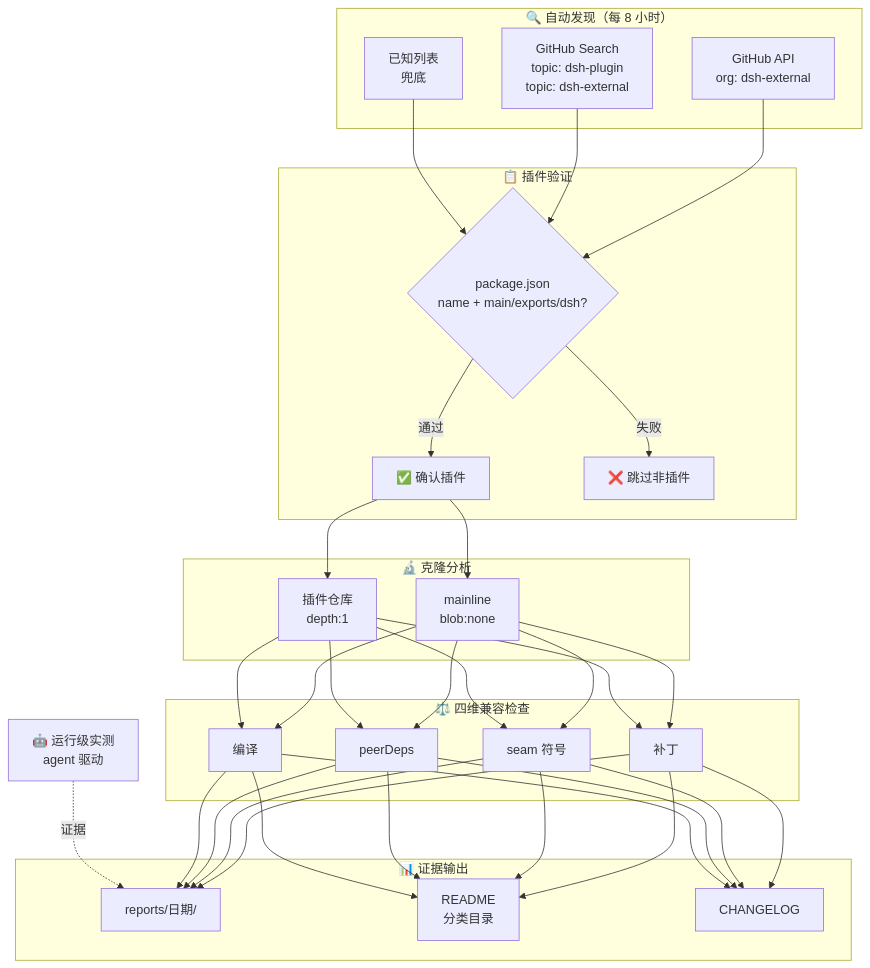
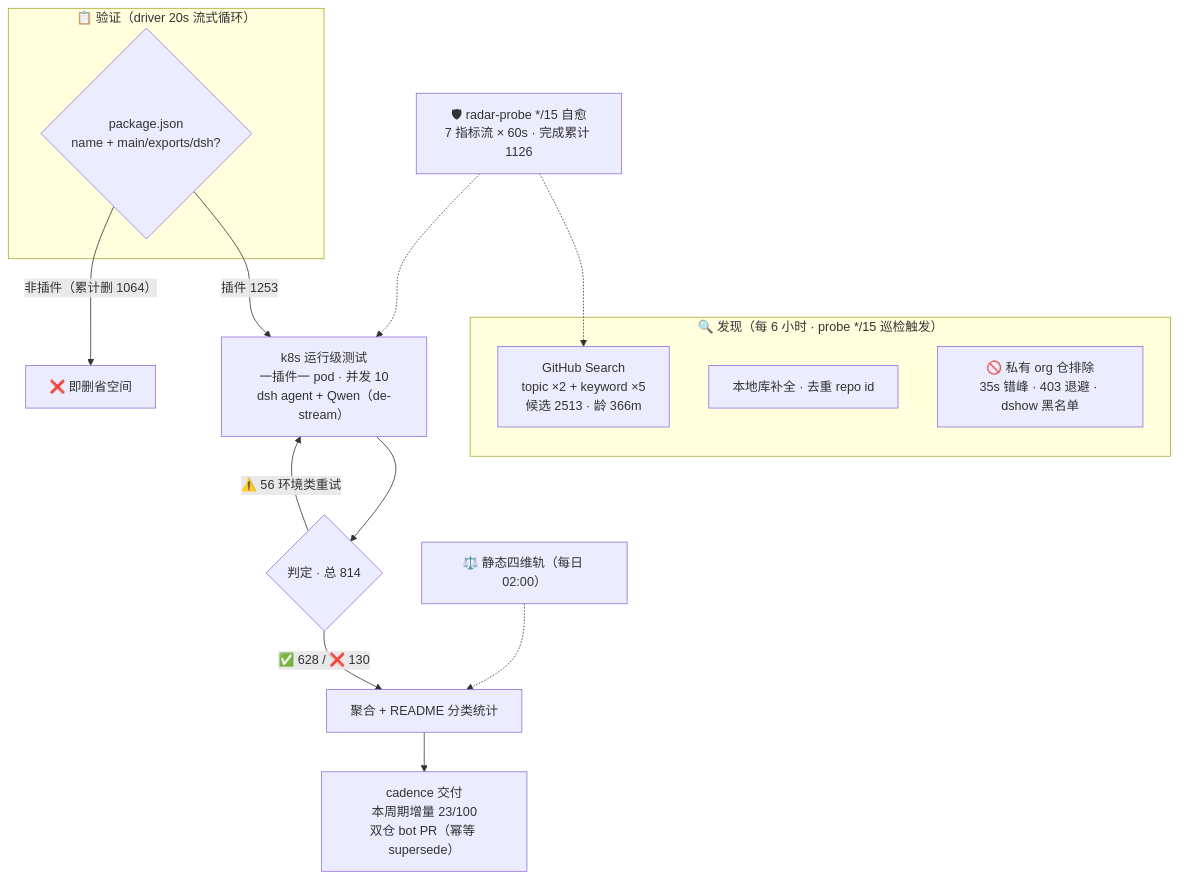
Before and after one commit to AdamPlatin123/awesome-dsh-plugins: the diagram in README.md, drawn with Mermaid. The commit also changed other lines of this file, not shown here.

Commit message:
sync: 镜像对齐 org 渲染态（run_id 213619Z · 修 graph TB 崩溃图 · 分类计数单值 1279 · 生态块六处）

````diff
--- a/README.md
+++ b/README.md
@@ -17,36 +20,20 @@
 ```mermaid
-graph TB
-    subgraph Discovery["🔍 自动发现（每 8 小时）"]
-        A1["GitHub API<br/>org: dsh-external"]
-        A2["GitHub Search<br/>topic: dsh-plugin<br/>topic: dsh-external"]
-        A3["已知列表<br/>兜底"]
+flowchart TB
+    subgraph Discovery["🔍 发现（每 6 小时 · probe */15 巡检触发）"]
+        A1["GitHub Search<br/>topic ×2 + keyword ×5<br/>候选 2513 · 龄 366m"]
+        A2["本地库补全 · 去重 repo id"]
+        A3["🚫 私有 org 仓排除<br/>35s 错峰 · 403 退避 · dshow 黑名单"]
     end
-    subgraph Validation["📋 插件验证"]
+    subgraph Validation["📋 验证（driver 20s 流式循环）"]
         B1{"package.json<br/>name + main/exports/dsh?"}
-        B1 -->|通过| B2["✅ 确认插件"]
-        B1 -->|失败| B3["❌ 跳过非插件"]
     end
-    subgraph Analysis["🔬 克隆分析"]
-        C1["mainline<br/>blob:none"]
-        C2["插件仓库<br/>depth:1"]
-    end
-    subgraph Compat["⚖️ 四维兼容检查"]
-        D1[补丁]
-        D2[seam 符号]
-        D3[peerDeps]
-        D4[编译]
-    end
-    subgraph Output["📊 证据输出"]
-        E1["reports/日期/"]
-        E2["README<br/>分类目录"]
-        E3[CHANGELOG]
-    end
-    RT["🤖 运行级实测<br/>agent 驱动"]
-    A1 --> B1
-    A2 --> B1
-    A3 --> B1
-    B2 --> C1 & C2
-    C1 & C2 --> D1 & D2 & D3 & D4
-    D1 & D2 & D3 & D4 --> E1 & E2 & E3
-    RT -.->|证据| E1
+    B1 -->|"插件 1253"| C1["k8s 运行级测试<br/>一插件一 pod · 并发 10<br/>dsh agent + Qwen（de-stream）"]
+    B1 -->|"非插件（累计删 1064）"| B3["❌ 即删省空间"]
+    C1 --> D1{"判定 · 总 814"}
+    D1 -->|"✅ 628 / ❌ 130"| E1["聚合 + README 分类统计"]
+    D1 -->|"⚠️ 56 环境类重试"| C1
+    E1 --> E2["cadence 交付<br/>本周期增量 23/100<br/>双仓 bot PR（幂等 supersede）"]
+    S["⚖️ 静态四维轨（每日 02:00）"] -.-> E1
+    M["🛡 radar-probe */15 自愈<br/>7 指标流 × 60s · 完成累计 1126"] -.-> A1
+    M -.-> C1
 ```
````
